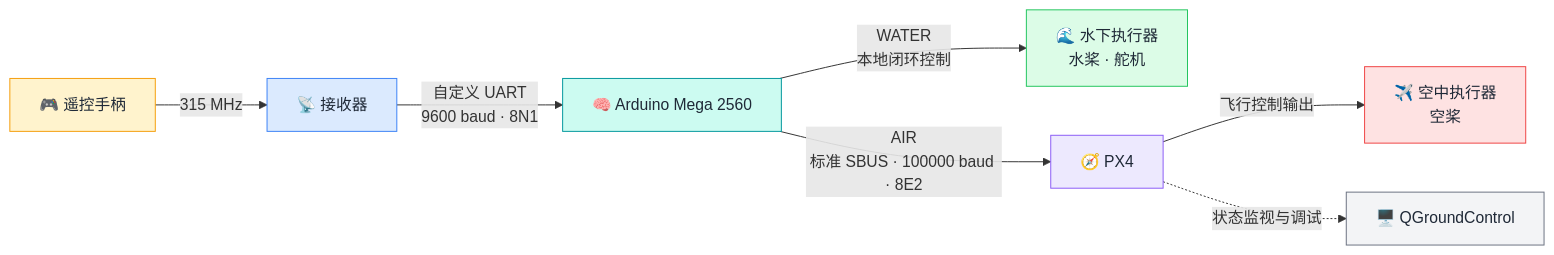
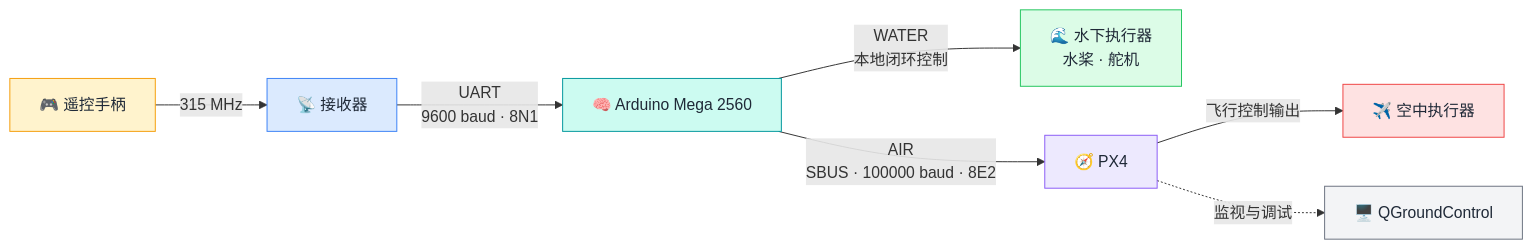
Before and after one commit to JIN-FZCH/Hmini_315: the diagram in README.md, drawn with Mermaid. The commit also changed other lines of this file and 2 other files, not shown here.

````diff
--- a/README.md
+++ b/README.md
@@ -20,17 +16,17 @@
 ```mermaid
 flowchart LR
     A["🎮 遥控手柄"] -->|"315 MHz"| B["📡 接收器"]
-    B -->|"自定义 UART<br/>9600 baud · 8N1"| C["🧠 Arduino Mega 2560"]
+    B -->|"UART<br/>9600 baud · 8N1"| C["🧠 Arduino Mega 2560"]
     C -->|"WATER<br/>本地闭环控制"| W["🌊 水下执行器<br/>水桨 · 舵机"]
-    C -->|"AIR<br/>标准 SBUS · 100000 baud · 8E2"| D["🧭 PX4"]
-    D -->|"飞行控制输出"| F["✈️ 空中执行器<br/>空桨"]
-    D -.->|"状态监视与调试"| E["🖥️ QGroundControl"]
+    C -->|"AIR<br/>SBUS · 100000 baud · 8E2"| D["🧭 PX4"]
+    D -->|"飞行控制输出"| F["✈️ 空中执行器"]
+    D -.->|"监视与调试"| E["🖥️ QGroundControl"]
 
     style A fill:#fff3cd,stroke:#f59e0b,color:#1f2937
     style B fill:#dbeafe,stroke:#3b82f6,color:#1f2937
     style C fill:#ccfbf1,stroke:#00979d,color:#1f2937
     style W fill:#dcfce7,stroke:#22c55e,color:#1f2937
     style D fill:#ede9fe,stroke:#8b5cf6,color:#1f2937
     style F fill:#fee2e2,stroke:#ef4444,color:#1f2937
     style E fill:#f3f4f6,stroke:#6b7280,color:#1f2937
 ```
````
